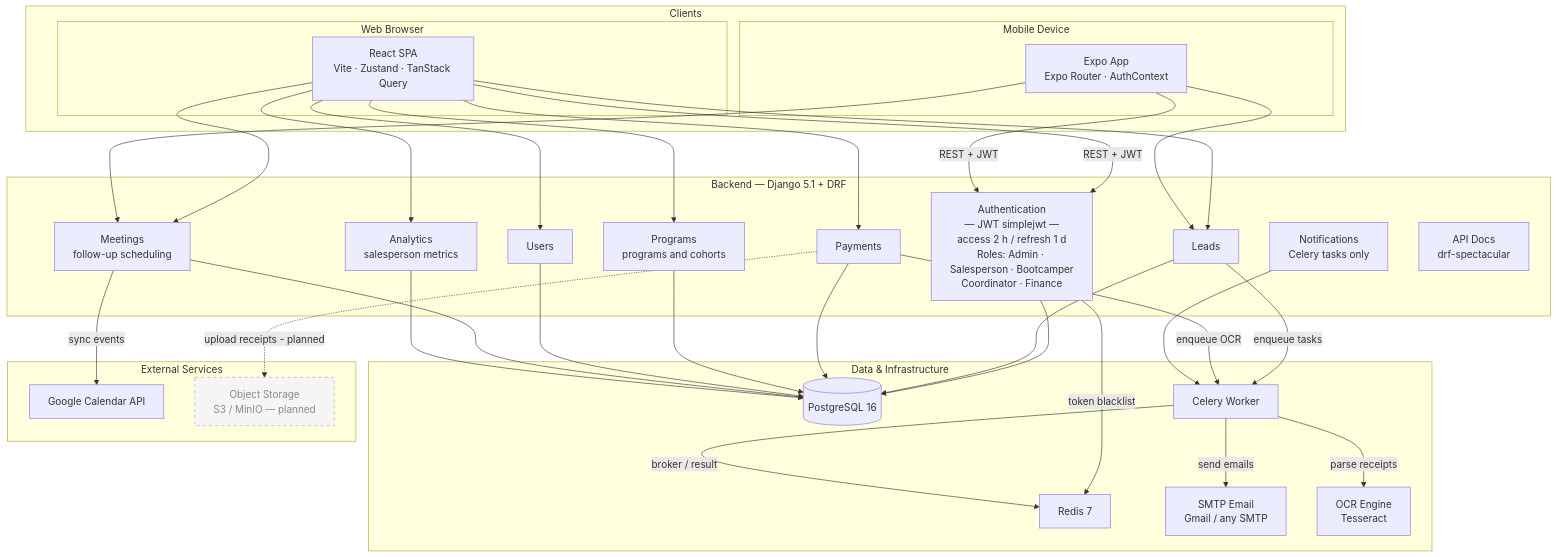
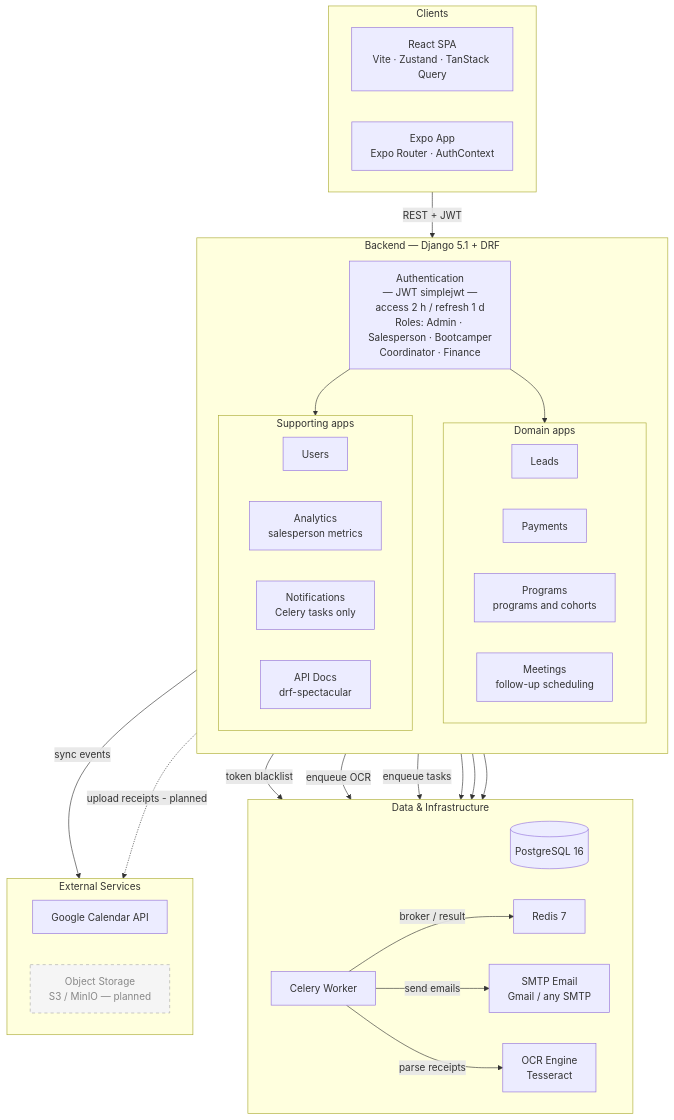
The diagram in docs/diagrams/components/component-diagram.mmd (Jmuniz27/T5BootTracker), drawn with Mermaid before and after one commit.

Commit message:
docs(diagrams): reorganizar el diagrama de componentes para que sea legible al reducirlo
Las ocho apps en una sola fila daban un lienzo apaisado de 2.7:1: al meterlo
al ancho de pagina del reporte el texto quedaba en unos 3 puntos, ilegible.

Se agrupan en apps de dominio (leads, payments, programs, meetings) y apps de
soporte (users, analytics, notifications, API docs), lo que da un diagrama
vertical que entra en una pagina completa y se lee.

Las relaciones con la base y con Celery pasan a declararse a nivel de grupo
en vez de una arista por app. Se pierde el detalle de que app concreta escribe
en Postgres, pero ese detalle era justamente la marana de lineas cruzadas que
hacia ilegible la version anterior, y el esquema completo ya vive en el ERD.

Este es el .mmd del que sale la figura del reporte final.

```diff
--- a/docs/diagrams/components/component-diagram.mmd
+++ b/docs/diagrams/components/component-diagram.mmd
@@ -1,74 +1,61 @@
 flowchart TB
     classDef planned fill:#F5F5F5,stroke:#AAAAAA,color:#888888,stroke-dasharray:5 5
 
-    subgraph Clients
-        subgraph Browser["Web Browser"]
-            Frontend["React SPA\nVite · Zustand · TanStack Query"]
+    subgraph Clients["Clients"]
+        direction LR
+        Frontend["React SPA\nVite · Zustand · TanStack Query"]
+        MobileApp["Expo App\nExpo Router · AuthContext"]
+    end
+
+    subgraph Backend["Backend — Django 5.1 + DRF"]
+        direction TB
+        Auth["Authentication\n— JWT simplejwt —\naccess 2 h / refresh 1 d\nRoles: Admin · Salesperson · Bootcamper\nCoordinator · Finance"]
+        subgraph Domain["Domain apps"]
+            direction LR
+            Leads["Leads"]
+            Payments["Payments"]
+            Programs["Programs\nprograms and cohorts"]
+            Meetings["Meetings\nfollow-up scheduling"]
         end
-        subgraph Mobile["Mobile Device"]
-            MobileApp["Expo App\nExpo Router · AuthContext"]
+        subgraph Support["Supporting apps"]
+            direction LR
+            Users["Users"]
+            Analytics["Analytics\nsalesperson metrics"]
+            Notif["Notifications\nCelery tasks only"]
+            Swagger["API Docs\ndrf-spectacular"]
         end
     end
 
-    subgraph Backend["Backend — Django 5.1 + DRF"]
-        Auth["Authentication\n— JWT simplejwt —\naccess 2 h / refresh 1 d\nRoles: Admin · Salesperson · Bootcamper\nCoordinator · Finance"]
-        Leads["Leads"]
-        Payments["Payments"]
-        Programs["Programs\nprograms and cohorts"]
-        Users["Users"]
-        Meetings["Meetings\nfollow-up scheduling"]
-        Notif["Notifications\nCelery tasks only"]
-        Analytics["Analytics\nsalesperson metrics"]
-        Swagger["API Docs\ndrf-spectacular"]
-    end
-
     subgraph Infra["Data & Infrastructure"]
+        direction LR
         PG[("PostgreSQL 16")]
         Redis["Redis 7"]
         Celery["Celery Worker"]
         SMTP["SMTP Email\nGmail / any SMTP"]
         OCR["OCR Engine\nTesseract"]
     end
 
     subgraph Ext["External Services"]
+        direction LR
         GCal["Google Calendar API"]
         S3["Object Storage\nS3 / MinIO — planned"]:::planned
     end
 
-    %% Clients → Backend
-    Frontend -->|REST + JWT| Auth
-    Frontend --> Leads
-    Frontend --> Payments
-    Frontend --> Programs
-    Frontend --> Users
-    Frontend --> Meetings
-    Frontend --> Analytics
-    MobileApp -->|REST + JWT| Auth
-    MobileApp --> Leads
-    MobileApp --> Meetings
+    Clients -->|REST + JWT| Auth
+    Auth --> Domain
+    Auth --> Support
 
-    %% Backend → DB
-    Auth --> PG
-    Leads --> PG
-    Payments --> PG
-    Programs --> PG
-    Users --> PG
-    Meetings --> PG
-    Analytics --> PG
+    Domain --> PG
+    Support --> PG
+    Auth -->|token blacklist| Redis
 
-    %% Backend → Async
-    Auth -->|token blacklist| Redis
+    Payments -->|enqueue OCR| Celery
     Leads -->|enqueue tasks| Celery
-    Payments -->|enqueue OCR| Celery
     Notif --> Celery
 
-    %% Celery → infra
     Celery -->|broker / result| Redis
     Celery -->|send emails| SMTP
     Celery -->|parse receipts| OCR
 
-    %% External integrations
     Meetings -->|sync events| GCal
-
-    %% Planned
     Payments -.->|upload receipts - planned| S3
```
